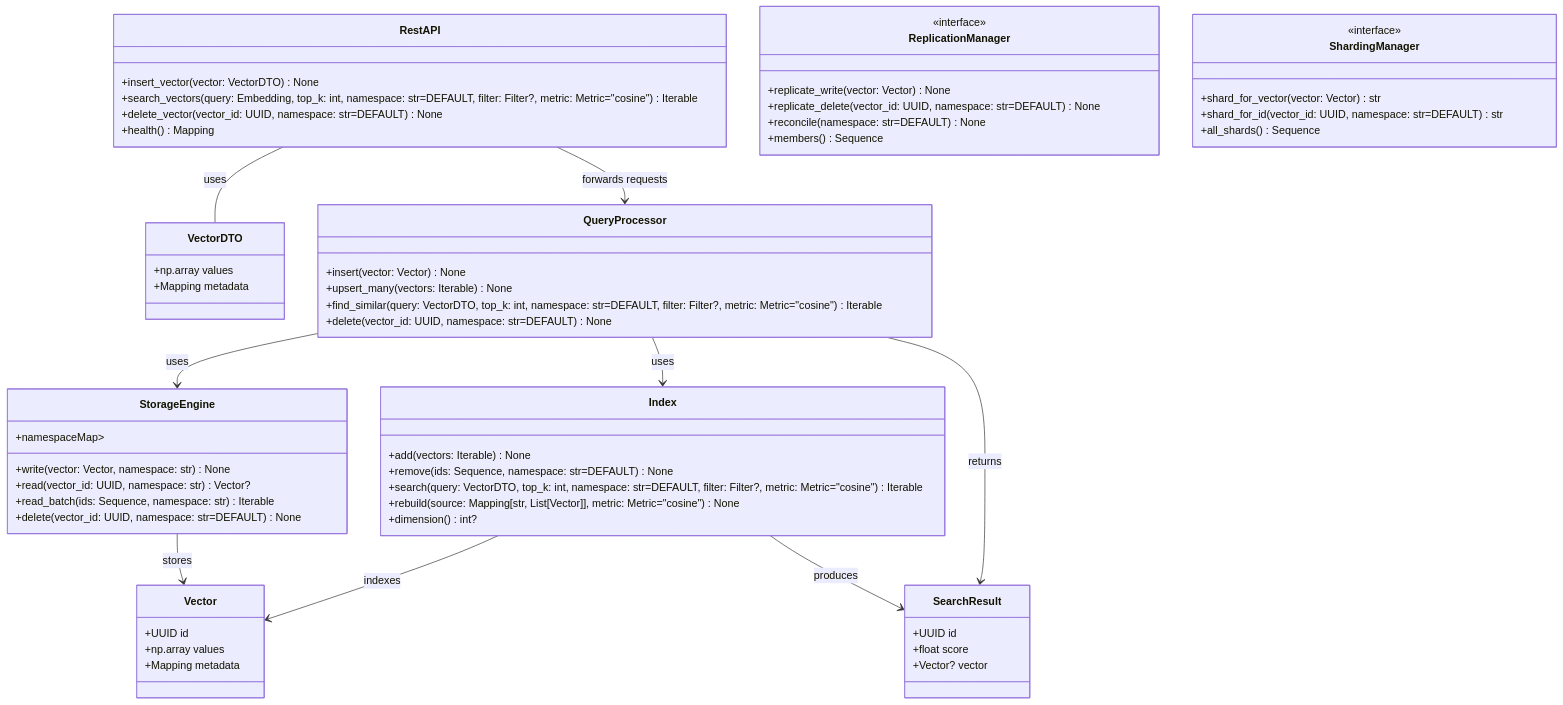
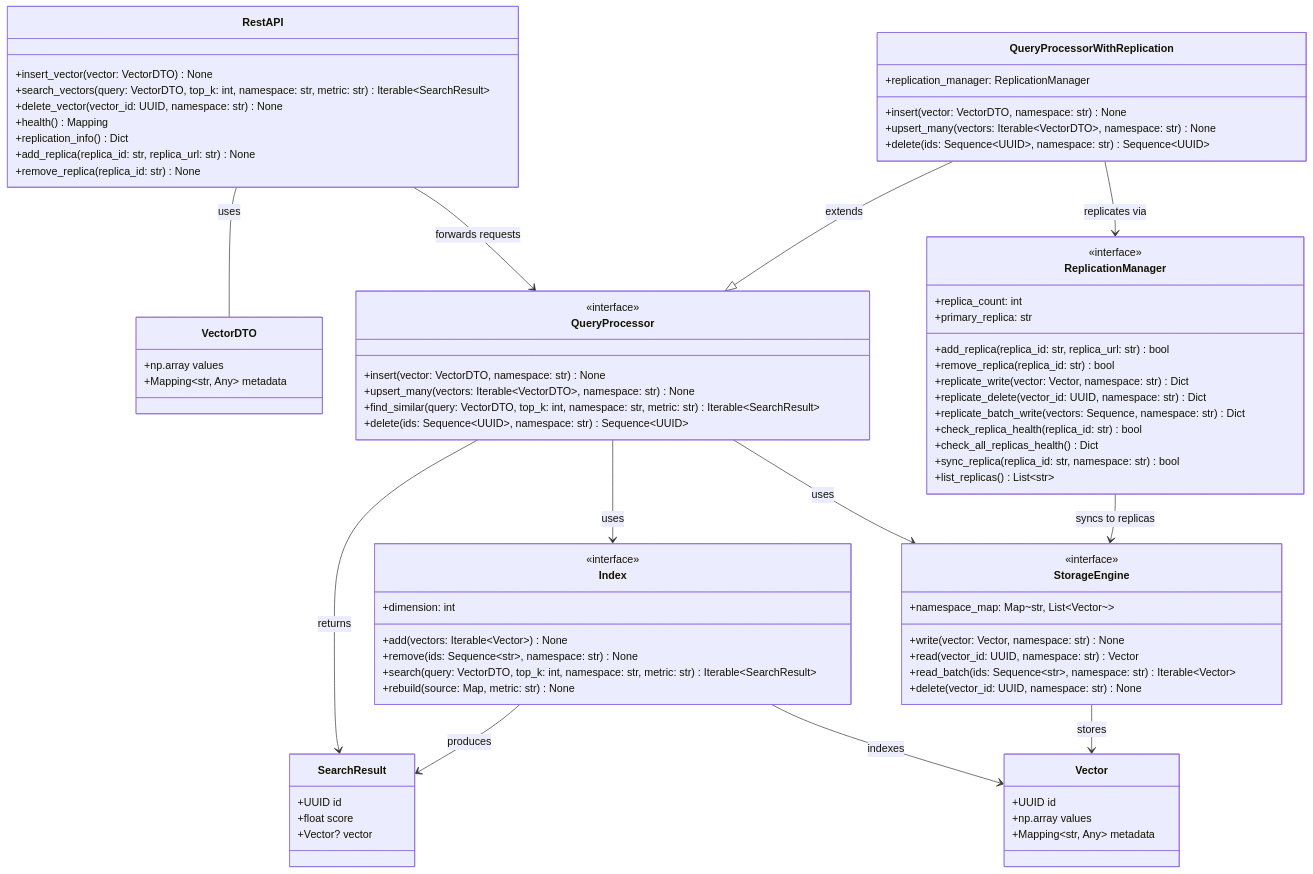
One commit to SudYar/MLVectorDB changed the diagram in README.md. Above: the diagram before and after it, drawn with Mermaid. The commit also changed other lines of this file, not shown here.

Commit message:
Update README.md to focus on replication feature with updated mermaid diagram

````diff
--- a/README.md
+++ b/README.md
@@ -93,12 +94,12 @@
     class Vector {
         +UUID id
         +np.array values
-        +Mapping<str, Any> metadata
+        +Mapping~str, Any~ metadata
     }
-	
-	class VectorDTO {
+    
+    class VectorDTO {
         +np.array values
-        +Mapping<str, Any> metadata
+        +Mapping~str, Any~ metadata
     }
 
     class SearchResult {
@@ -108,57 +109,66 @@
     }
 
     class StorageEngine {
+        <<interface>>
         +write(vector: Vector, namespace: str) None
-        +read(vector_id: UUID, namespace: str) Vector?
-        +read_batch(ids: Sequence<str>, namespace: str) Iterable <Vector>
-        +delete(vector_id: UUID, namespace: str=DEFAULT) None
-        +namespaceMap<str , list<Vector>>
+        +read(vector_id: UUID, namespace: str) Vector
+        +read_batch(ids: Sequence~str~, namespace: str) Iterable~Vector~
+        +delete(vector_id: UUID, namespace: str) None
+        +namespace_map: Map~str, List~Vector~~
     }
 
     class Index {
-        +add(vectors: Iterable<Vector>) None
-        +remove(ids: Sequence<str>, namespace: str=DEFAULT) None
-        +search(query: VectorDTO, top_k: int, namespace: str=DEFAULT, filter: Filter?, metric: Metric="cosine") Iterable<SearchResult>
-        +rebuild(source: Mapping[str, List[Vector]], metric: Metric="cosine") None
-        +dimension() int?
+        <<interface>>
+        +add(vectors: Iterable~Vector~) None
+        +remove(ids: Sequence~str~, namespace: str) None
+        +search(query: VectorDTO, top_k: int, namespace: str, metric: str) Iterable~SearchResult~
+        +rebuild(source: Map, metric: str) None
+        +dimension: int
     }
 
+    class QueryProcessor {
+        <<interface>>
+        +insert(vector: VectorDTO, namespace: str) None
+        +upsert_many(vectors: Iterable~VectorDTO~, namespace: str) None
+        +find_similar(query: VectorDTO, top_k: int, namespace: str, metric: str) Iterable~SearchResult~
+        +delete(ids: Sequence~UUID~, namespace: str) Sequence~UUID~
+    }
 
-    class QueryProcessor {
-        +insert(vector: Vector) None
-        +upsert_many(vectors: Iterable<Vector>) None
-        +find_similar(query: VectorDTO, top_k: int, namespace: str=DEFAULT, filter: Filter?, metric: Metric="cosine") Iterable<SearchResult>
-        +delete(vector_id: UUID, namespace: str=DEFAULT) None
+    class ReplicationManager {
+        <<interface>>
+        +replica_count: int
+        +primary_replica: str
+        +add_replica(replica_id: str, replica_url: str) bool
+        +remove_replica(replica_id: str) bool
+        +replicate_write(vector: Vector, namespace: str) Dict
+        +replicate_delete(vector_id: UUID, namespace: str) Dict
+        +replicate_batch_write(vectors: Sequence, namespace: str) Dict
+        +check_replica_health(replica_id: str) bool
+        +check_all_replicas_health() Dict
+        +sync_replica(replica_id: str, namespace: str) bool
+        +list_replicas() List~str~
+    }
+
+    class QueryProcessorWithReplication {
+        +replication_manager: ReplicationManager
+        +insert(vector: VectorDTO, namespace: str) None
+        +upsert_many(vectors: Iterable~VectorDTO~, namespace: str) None
+        +delete(ids: Sequence~UUID~, namespace: str) Sequence~UUID~
     }
 
     class RestAPI {
         +insert_vector(vector: VectorDTO) None
-        +search_vectors(query: Embedding, top_k: int, namespace: str=DEFAULT, filter: Filter?, metric: Metric="cosine") Iterable<SearchResult>
-        +delete_vector(vector_id: UUID, namespace: str=DEFAULT) None
+        +search_vectors(query: VectorDTO, top_k: int, namespace: str, metric: str) Iterable~SearchResult~
+        +delete_vector(vector_id: UUID, namespace: str) None
         +health() Mapping
+        +replication_info() Dict
+        +add_replica(replica_id: str, replica_url: str) None
+        +remove_replica(replica_id: str) None
     }
 
-
-    class ReplicationManager {
-        <<interface>>
-        +replicate_write(vector: Vector) None
-        +replicate_delete(vector_id: UUID, namespace: str=DEFAULT) None
-        +reconcile(namespace: str=DEFAULT) None
-        +members() Sequence<str>
-    }
-
-    class ShardingManager {
-        <<interface>>
-        +shard_for_vector(vector: Vector) str
-        +shard_for_id(vector_id: UUID, namespace: str=DEFAULT) str
-        +all_shards() Sequence<str>
-    }	
-
-    %% Relationships
+    %% Core Relationships
     QueryProcessor --> Index : uses
     QueryProcessor --> StorageEngine : uses
-    %%  QueryProcessor -- ReplicationManager : syncs with
-    %%  QueryProcessor -- ShardingManager : distributes via
     RestAPI --> QueryProcessor : forwards requests
     RestAPI -- VectorDTO : uses
     Index --> Vector : indexes
@@ -166,4 +176,9 @@
     QueryProcessor --> SearchResult : returns
     Index --> SearchResult : produces
     
+    %% Replication Relationships
+    QueryProcessorWithReplication --|> QueryProcessor : extends
+    QueryProcessorWithReplication --> ReplicationManager : replicates via
+    ReplicationManager --> StorageEngine : syncs to replicas
+    
 ```
````
